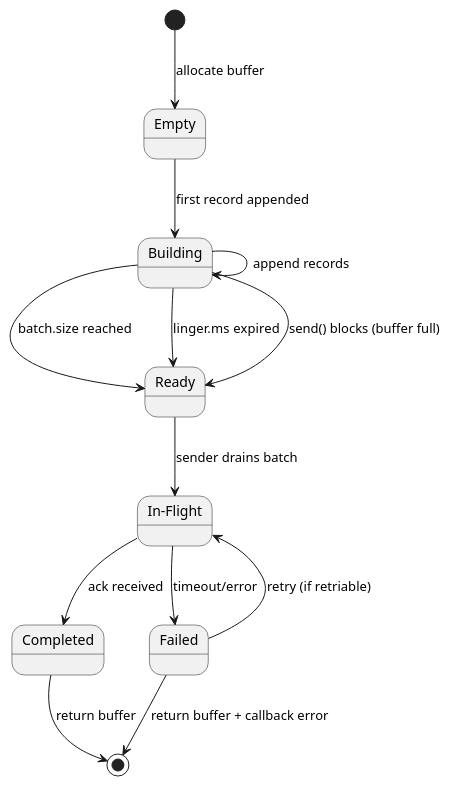
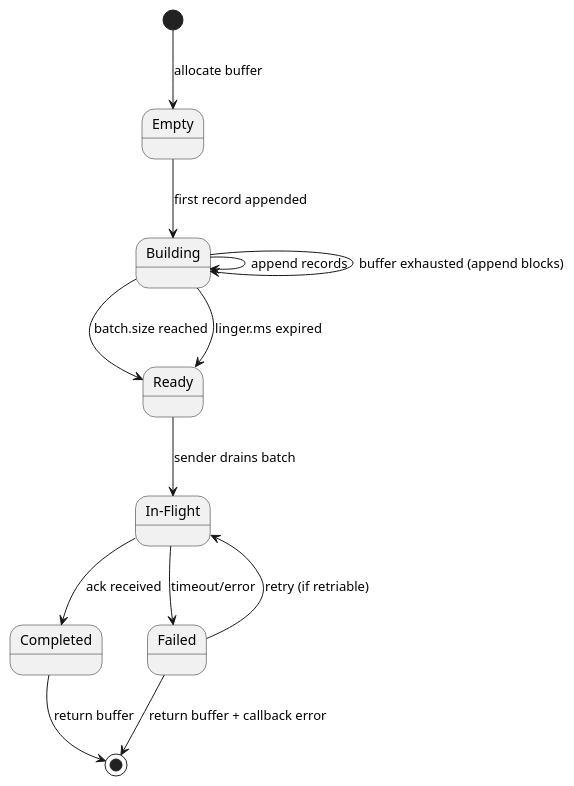
One commit to axonops/documentation changed the fourth of 10 diagrams in docs/data-platforms/kafka/architecture/client-connections/batching.md. Above: the diagram before and after it, drawn with PlantUML. The commit also changed other lines of this file and 34 other files, not shown here.

Commit message:
Updated Kafka architecture documents

````diff
--- a/docs/data-platforms/kafka/architecture/client-connections/batching.md
+++ b/docs/data-platforms/kafka/architecture/client-connections/batching.md
@@ -140,31 +142,31 @@
 ```plantuml
 @startuml
 
 skinparam backgroundColor transparent
 
 state "Empty" as Empty
 state "Building" as Building
 state "Ready" as Ready
 state "In-Flight" as InFlight
 state "Completed" as Completed
 state "Failed" as Failed
 
 [*] --> Empty : allocate buffer
 
 Empty --> Building : first record appended
 Building --> Building : append records
 
 Building --> Ready : batch.size reached
 Building --> Ready : linger.ms expired
-Building --> Ready : send() blocks (buffer full)
+Building --> Building : buffer exhausted (append blocks)
 
 Ready --> InFlight : sender drains batch
 InFlight --> Completed : ack received
 InFlight --> Failed : timeout/error
 
 Completed --> [*] : return buffer
 Failed --> InFlight : retry (if retriable)
 Failed --> [*] : return buffer + callback error
 
 @enduml
 ```
````
